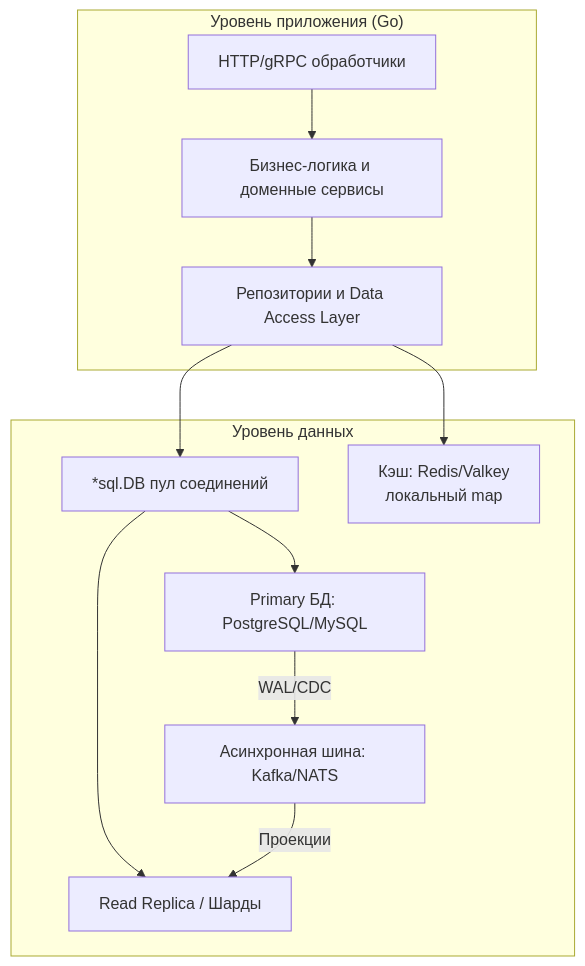
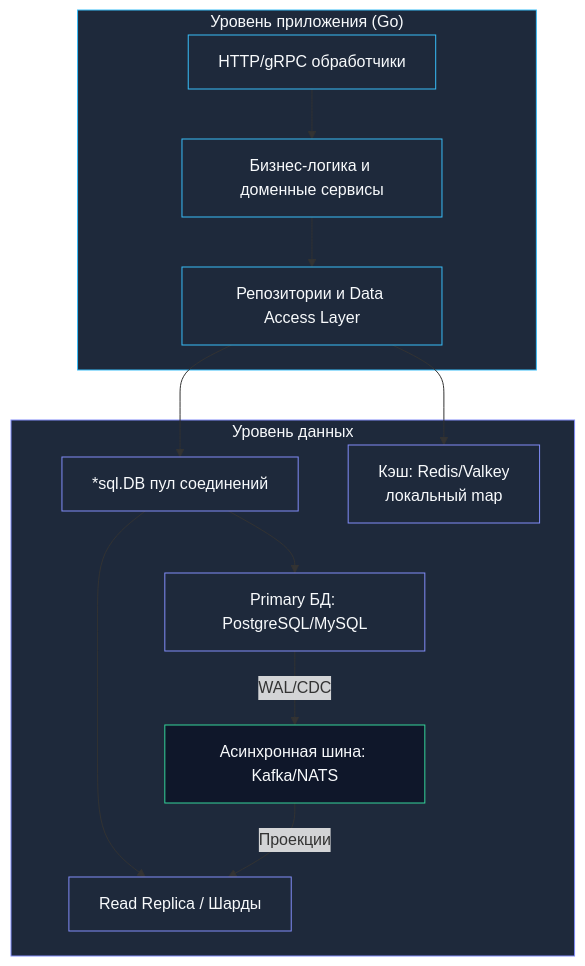
The first of 5 diagrams in sources/12. Базы данных/10. Практика и архитектура/23. Итоги раздела. Полная картина работы с базами данных.md (UnrealTemplier/go-textbook), drawn with Mermaid before and after one commit. The commit also changed other lines of this file, not shown here.

````diff
--- a/sources/12. Базы данных/10. Практика и архитектура/23. Итоги раздела. Полная картина работы с базами данных.md
+++ b/sources/12. Базы данных/10. Практика и архитектура/23. Итоги раздела. Полная картина работы с базами данных.md
@@ -19,25 +23,32 @@
 ```mermaid
 flowchart TD
     subgraph AppLayer ["Уровень приложения (Go)"]
         HTTP["HTTP/gRPC обработчики"]
         Business["Бизнес-логика и доменные сервисы"]
         Repo["Репозитории и Data Access Layer"]
     end
     
     subgraph DataLayer ["Уровень данных"]
         Pool["*sql.DB пул соединений"]
         Cache["Кэш: Redis/Valkey<br>локальный map"]
         Primary["Primary БД: PostgreSQL/MySQL"]
         Replica["Read Replica / Шарды"]
         Async["Асинхронная шина: Kafka/NATS"]
     end
     
     HTTP --> Business
     Business --> Repo
     Repo --> Pool
     Pool --> Primary
     Pool --> Replica
     Repo --> Cache
     Primary -->|"WAL/CDC"| Async
     Async -->|"Проекции"| Replica
+
+    classDef app fill:#1e293b,stroke:#38bdf8,stroke-width:1px,color:#f8fafc;
+    classDef data fill:#1e293b,stroke:#818cf8,stroke-width:1px,color:#f8fafc;
+    classDef queue fill:#0f172a,stroke:#34d399,stroke-width:1px,color:#f8fafc;
+    class AppLayer,HTTP,Business,Repo app;
+    class DataLayer,Pool,Cache,Primary,Replica data;
+    class Async queue;
 ```
````
